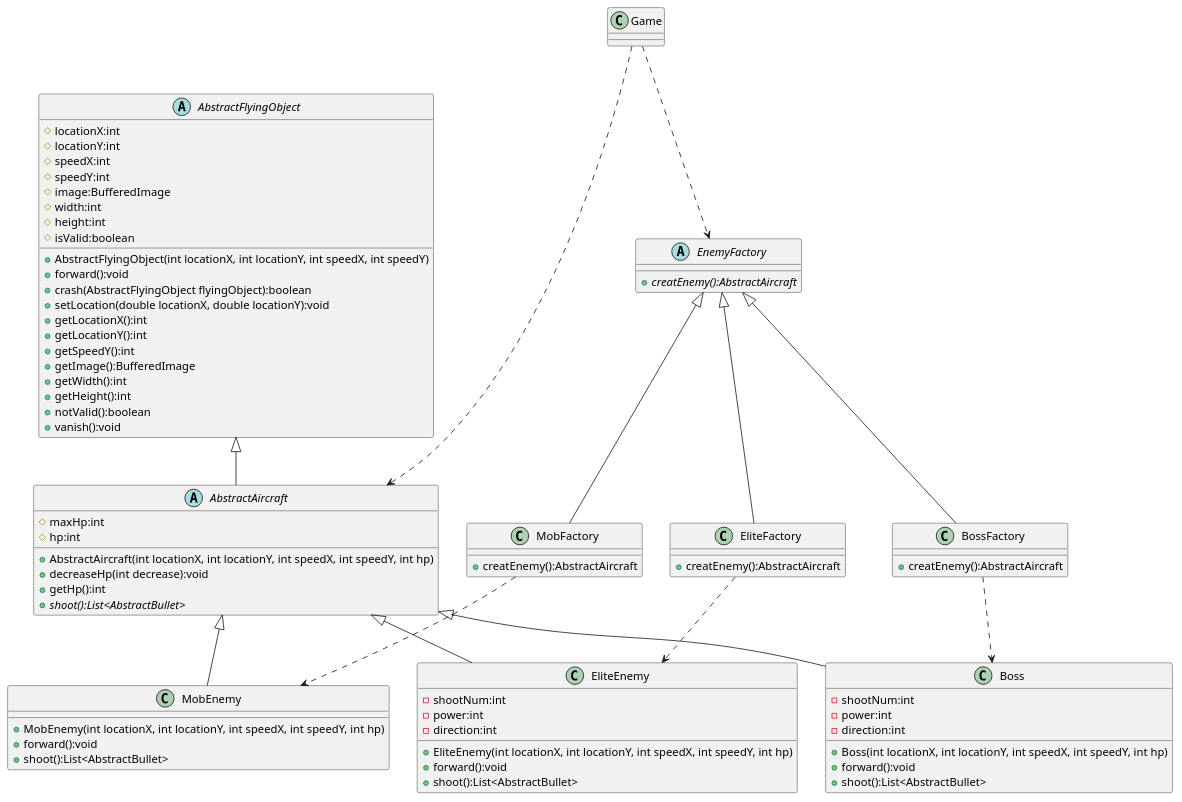
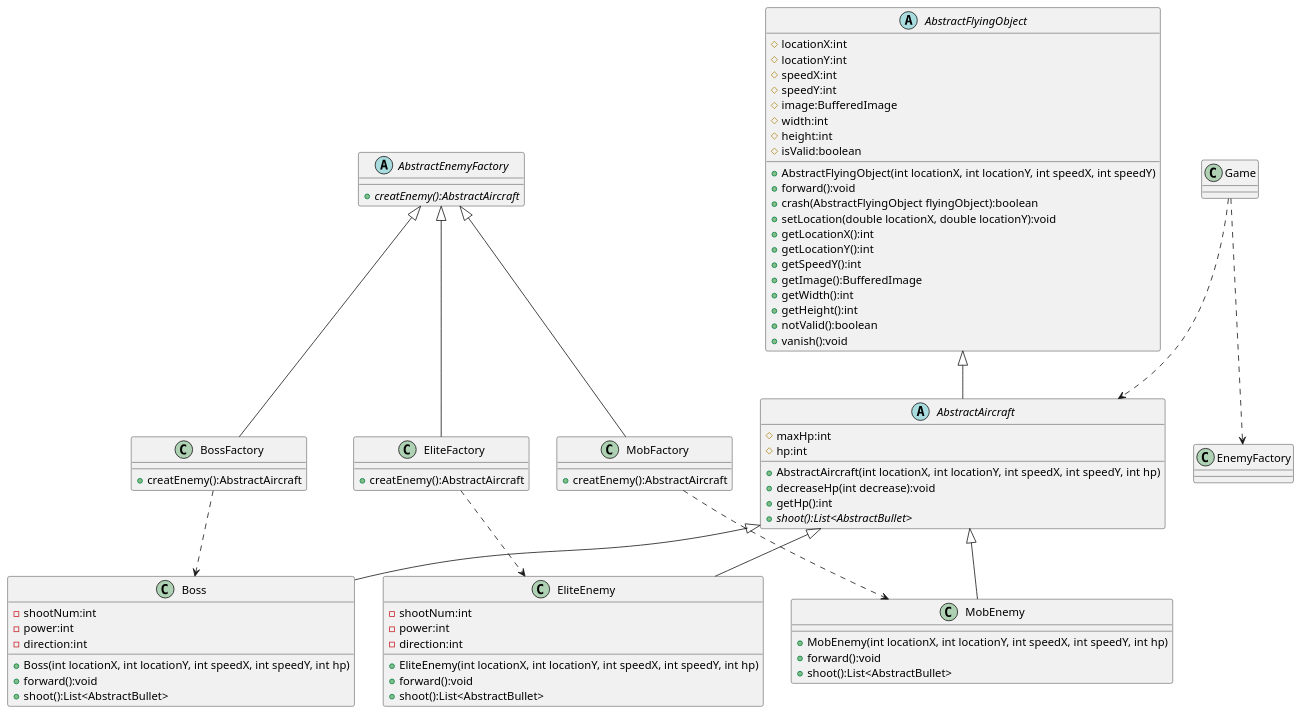
One commit to Straho-Chen/AircraftWar-base changed the diagram in uml/EnemyFactory.puml. Above: the diagram before and after it, drawn with PlantUML. The commit also changed 23 other files, not shown here.

```diff
--- a/uml/EnemyFactory.puml
+++ b/uml/EnemyFactory.puml
@@ -1,99 +1,99 @@
 @startuml
 'https://plantuml.com/class-diagram
 
-abstract class EnemyFactory {
+abstract class AbstractEnemyFactory {
     + {abstract} creatEnemy():AbstractAircraft
 }
 
 class MobFactory {
     + creatEnemy():AbstractAircraft
 }
 
 class EliteFactory {
     + creatEnemy():AbstractAircraft
 }
 
 class BossFactory {
     + creatEnemy():AbstractAircraft
 }
 
 class Game {
 }
 
 abstract class AbstractFlyingObject
 {
     # locationX:int
     # locationY:int
     # speedX:int
     # speedY:int
     # image:BufferedImage
     # width:int
     # height:int
     # isValid:boolean
 
     + AbstractFlyingObject(int locationX, int locationY, int speedX, int speedY)
     + forward():void
     + crash(AbstractFlyingObject flyingObject):boolean
     + setLocation(double locationX, double locationY):void
     + getLocationX():int
     + getLocationY():int
     + getSpeedY():int
     + getImage():BufferedImage
     + getWidth():int
     + getHeight():int
     + notValid():boolean
     + vanish():void
 }
 
 abstract class AbstractAircraft
 {
 	# maxHp:int
     # hp:int
     + AbstractAircraft(int locationX, int locationY, int speedX, int speedY, int hp)
     + decreaseHp(int decrease):void
     + getHp():int
     + {abstract} shoot():List<AbstractBullet>
 }
 
 class MobEnemy {
     + MobEnemy(int locationX, int locationY, int speedX, int speedY, int hp)
     + forward():void
     + shoot():List<AbstractBullet>
 }
 
 class EliteEnemy {
     - shootNum:int
     - power:int
     - direction:int
     + EliteEnemy(int locationX, int locationY, int speedX, int speedY, int hp)
     + forward():void
     + shoot():List<AbstractBullet>
 }
 
 class Boss {
     - shootNum:int
     - power:int
     - direction:int
     + Boss(int locationX, int locationY, int speedX, int speedY, int hp)
     + forward():void
     + shoot():List<AbstractBullet>
 }
 
 AbstractFlyingObject <|-- AbstractAircraft
 
 AbstractAircraft <|-- MobEnemy
 AbstractAircraft <|-- EliteEnemy
 AbstractAircraft <|-- Boss
 
-EnemyFactory <|-- MobFactory
-EnemyFactory <|-- EliteFactory
-EnemyFactory <|-- BossFactory
+AbstractEnemyFactory <|-- MobFactory
+AbstractEnemyFactory <|-- EliteFactory
+AbstractEnemyFactory <|-- BossFactory
 
 Game ..> EnemyFactory
 Game ..> AbstractAircraft
 
 MobFactory ..> MobEnemy
 EliteFactory ..> EliteEnemy
 BossFactory ..> Boss
 
 @enduml
```
